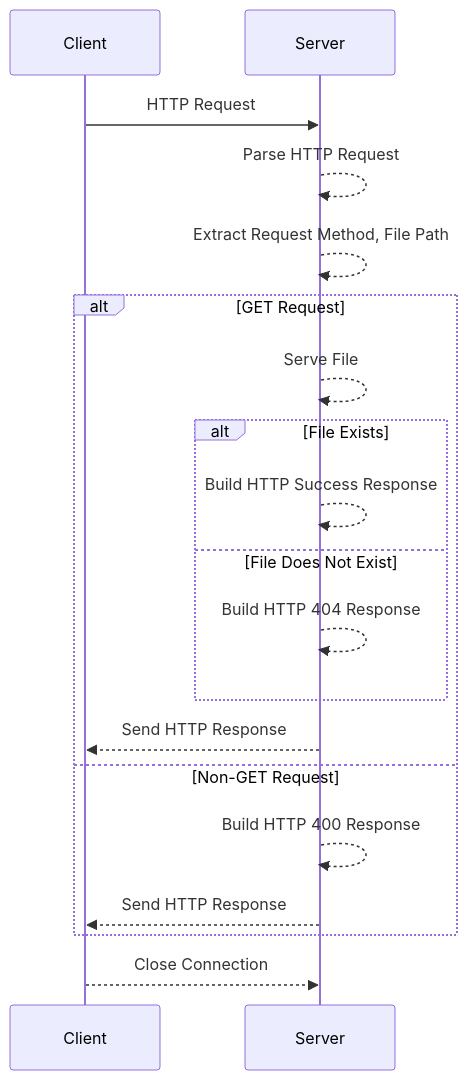
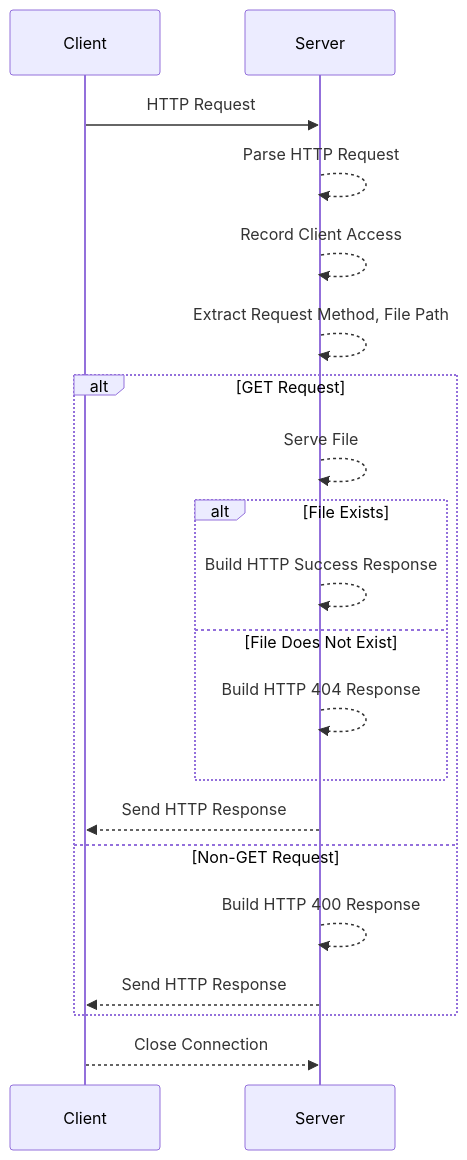
The second of 6 diagrams in README.md (Qingbolan/MUSTmeetingSocket), drawn with Mermaid before and after one commit. The commit also changed other lines of this file and 14 other files, not shown here.

````diff
--- a/README.md
+++ b/README.md
@@ -92,25 +142,25 @@
 ```mermaid
 sequenceDiagram
   participant Client
   participant Server
 
   Client->>Server: HTTP Request
   Server-->>Server: Parse HTTP Request
+  Server-->>Server: Record Client Access
   Server-->>Server: Extract Request Method, File Path
 
   alt GET Request
     Server-->>Server: Serve File
     alt File Exists
       Server-->>Server: Build HTTP Success Response
     else File Does Not Exist
       Server-->>Server: Build HTTP 404 Response
     end
     Server-->>Client: Send HTTP Response
   else Non-GET Request
     Server-->>Server: Build HTTP 400 Response
     Server-->>Client: Send HTTP Response
   end
 
   Client-->>Server: Close Connection
-
 ```
````
